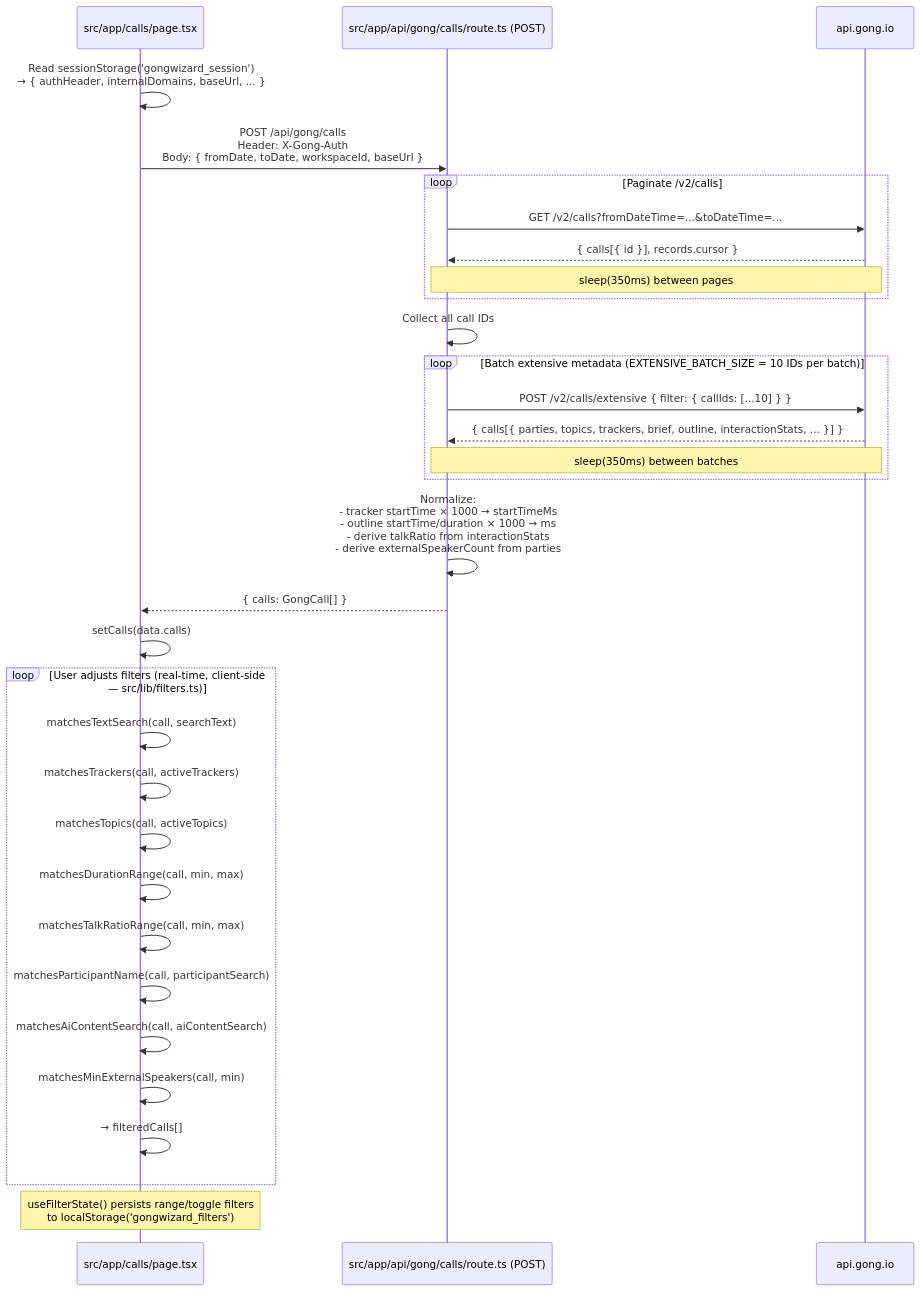
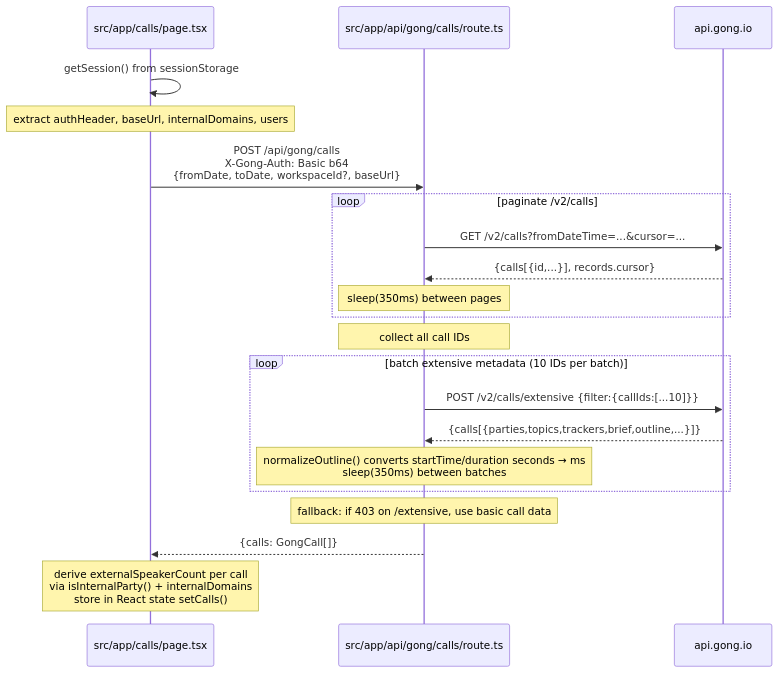
One commit to forrestmill-cmd/gongwizard changed the third of 6 diagrams in docs/generated/data-flows.md. Above: the diagram before and after it, drawn with Mermaid. The commit also changed other lines of this file and 8 other files, not shown here.

````diff
--- a/docs/generated/data-flows.md
+++ b/docs/generated/data-flows.md
@@ -107,42 +116,30 @@
 ```mermaid
 sequenceDiagram
     participant CallsPage as src/app/calls/page.tsx
-    participant CallsRoute as src/app/api/gong/calls/route.ts (POST)
+    participant CallsAPI as src/app/api/gong/calls/route.ts
     participant GongAPI as api.gong.io
 
-    CallsPage->>CallsPage: Read sessionStorage('gongwizard_session')<br/>→ { authHeader, internalDomains, baseUrl, ... }
-    CallsPage->>CallsRoute: POST /api/gong/calls<br/>Header: X-Gong-Auth<br/>Body: { fromDate, toDate, workspaceId, baseUrl }
+    CallsPage->>CallsPage: getSession() from sessionStorage
+    Note over CallsPage: extract authHeader, baseUrl, internalDomains, users
 
-    loop Paginate /v2/calls
-        CallsRoute->>GongAPI: GET /v2/calls?fromDateTime=...&toDateTime=...
-        GongAPI-->>CallsRoute: { calls[{ id }], records.cursor }
-        Note over CallsRoute,GongAPI: sleep(350ms) between pages
+    CallsPage->>CallsAPI: POST /api/gong/calls<br/>X-Gong-Auth: Basic b64<br/>{fromDate, toDate, workspaceId?, baseUrl}
+
+    loop paginate /v2/calls
+        CallsAPI->>GongAPI: GET /v2/calls?fromDateTime=...&cursor=...
+        GongAPI-->>CallsAPI: {calls[{id,...}], records.cursor}
+        Note over CallsAPI: sleep(350ms) between pages
     end
 
-    CallsRoute->>CallsRoute: Collect all call IDs
+    Note over CallsAPI: collect all call IDs
 
-    loop Batch extensive metadata (EXTENSIVE_BATCH_SIZE = 10 IDs per batch)
-        CallsRoute->>GongAPI: POST /v2/calls/extensive { filter: { callIds: [...10] } }
-        GongAPI-->>CallsRoute: { calls[{ parties, topics, trackers, brief, outline, interactionStats, ... }] }
-        Note over CallsRoute,GongAPI: sleep(350ms) between batches
+    loop batch extensive metadata (10 IDs per batch)
+        CallsAPI->>GongAPI: POST /v2/calls/extensive {filter:{callIds:[...10]}}
+        GongAPI-->>CallsAPI: {calls[{parties,topics,trackers,brief,outline,...}]}
+        Note over CallsAPI: normalizeOutline() converts startTime/duration seconds → ms<br/>sleep(350ms) between batches
     end
 
-    CallsRoute->>CallsRoute: Normalize:<br/>- tracker startTime × 1000 → startTimeMs<br/>- outline startTime/duration × 1000 → ms<br/>- derive talkRatio from interactionStats<br/>- derive externalSpeakerCount from parties
-    CallsRoute-->>CallsPage: { calls: GongCall[] }
+    Note over CallsAPI: fallback: if 403 on /extensive, use basic call data
+    CallsAPI-->>CallsPage: {calls: GongCall[]}
 
-    CallsPage->>CallsPage: setCalls(data.calls)
-
-    loop User adjusts filters (real-time, client-side — src/lib/filters.ts)
-        CallsPage->>CallsPage: matchesTextSearch(call, searchText)
-        CallsPage->>CallsPage: matchesTrackers(call, activeTrackers)
-        CallsPage->>CallsPage: matchesTopics(call, activeTopics)
-        CallsPage->>CallsPage: matchesDurationRange(call, min, max)
-        CallsPage->>CallsPage: matchesTalkRatioRange(call, min, max)
-        CallsPage->>CallsPage: matchesParticipantName(call, participantSearch)
-        CallsPage->>CallsPage: matchesAiContentSearch(call, aiContentSearch)
-        CallsPage->>CallsPage: matchesMinExternalSpeakers(call, min)
-        CallsPage->>CallsPage: → filteredCalls[]
-    end
-
-    Note over CallsPage: useFilterState() persists range/toggle filters<br/>to localStorage('gongwizard_filters')
+    Note over CallsPage: derive externalSpeakerCount per call<br/>via isInternalParty() + internalDomains<br/>store in React state setCalls()
 ```
````
